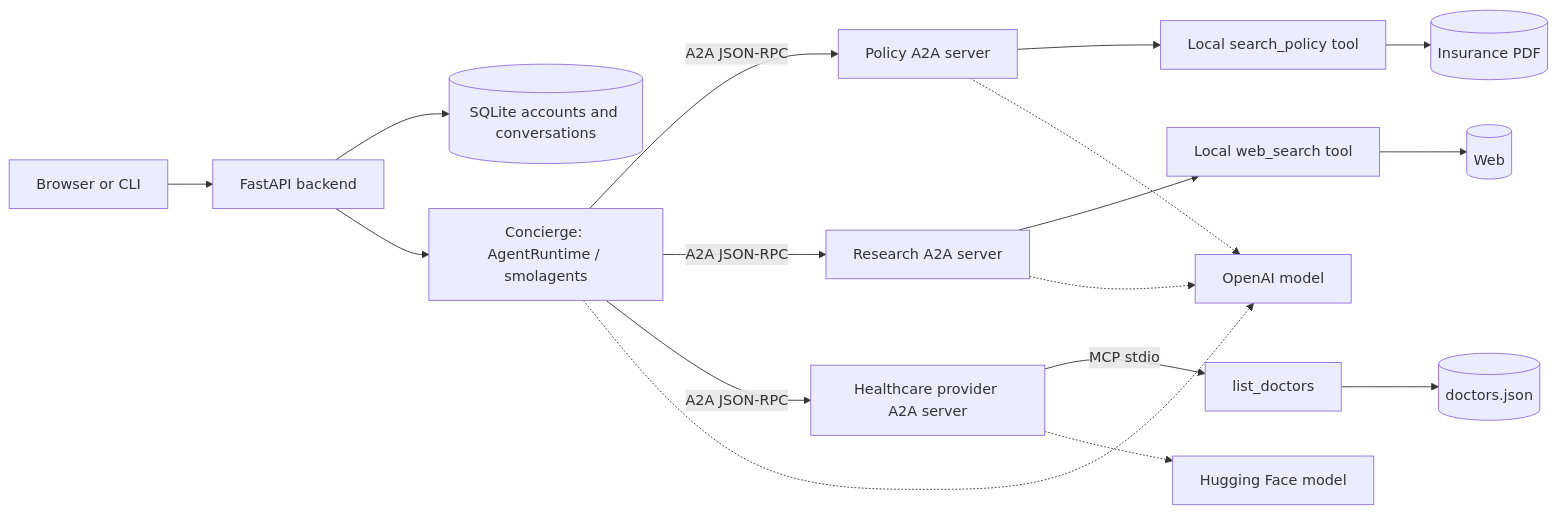
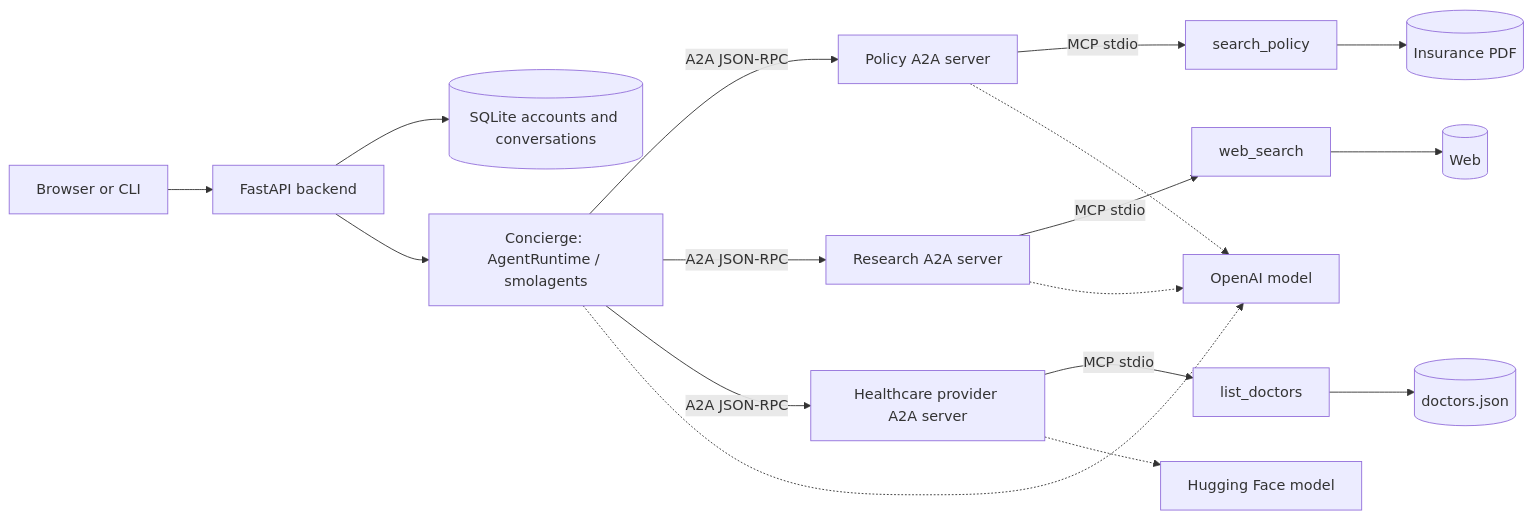
The diagram in docs/architecture.md (bakarys01/agentic-lab), drawn with Mermaid before and after one commit. The commit also changed other lines of this file and 14 other files, not shown here.

```diff
--- a/docs/architecture.md
+++ b/docs/architecture.md
@@ -36,19 +36,19 @@
 ~~~mermaid
 flowchart LR
     User[Browser or CLI] --> API[FastAPI backend]
     API --> DB[(SQLite accounts and conversations)]
     API --> C[Concierge: AgentRuntime / smolagents]
     C -->|A2A JSON-RPC| P[Policy A2A server]
     C -->|A2A JSON-RPC| R[Research A2A server]
     C -->|A2A JSON-RPC| H[Healthcare provider A2A server]
-    P --> PT[Local search_policy tool]
+    P -->|MCP stdio| PT[search_policy]
     PT --> PDF[(Insurance PDF)]
-    R --> RT[Local web_search tool]
+    R -->|MCP stdio| RT[web_search]
     RT --> Web[(Web)]
     H -->|MCP stdio| HM[list_doctors]
     HM --> Doctors[(doctors.json)]
     C -.-> O[OpenAI model]
     P -.-> O
     R -.-> O
     H -.-> HF[Hugging Face model]
 ~~~
```
